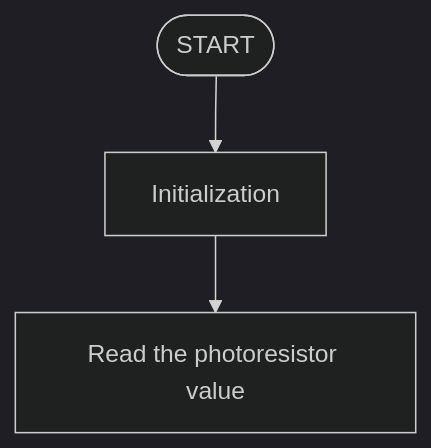
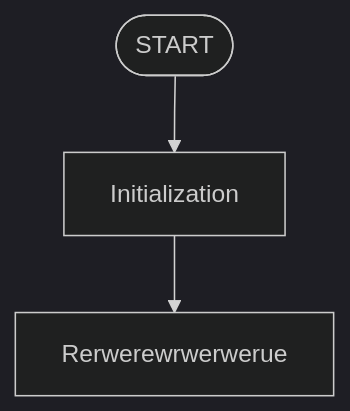
Before and after one commit to keyestudio/KS0597-: the second of 6 diagrams in docs/4.Arduino Projects/4.3 Projects/Project 1.md, drawn with Mermaid (dark theme). The commit also changed other lines of this file, not shown here.

````diff
--- a/docs/4.Arduino Projects/4.3 Projects/Project 1.md
+++ b/docs/4.Arduino Projects/4.3 Projects/Project 1.md
@@ -361,7 +361,7 @@
 ```mermaid
 graph TD
     A([START]) --> B[Initialization]
-    B --> C[Read the photoresistor value]
+    B --> C[Rerwerewrwerwerue]
     
    
 ```
````
